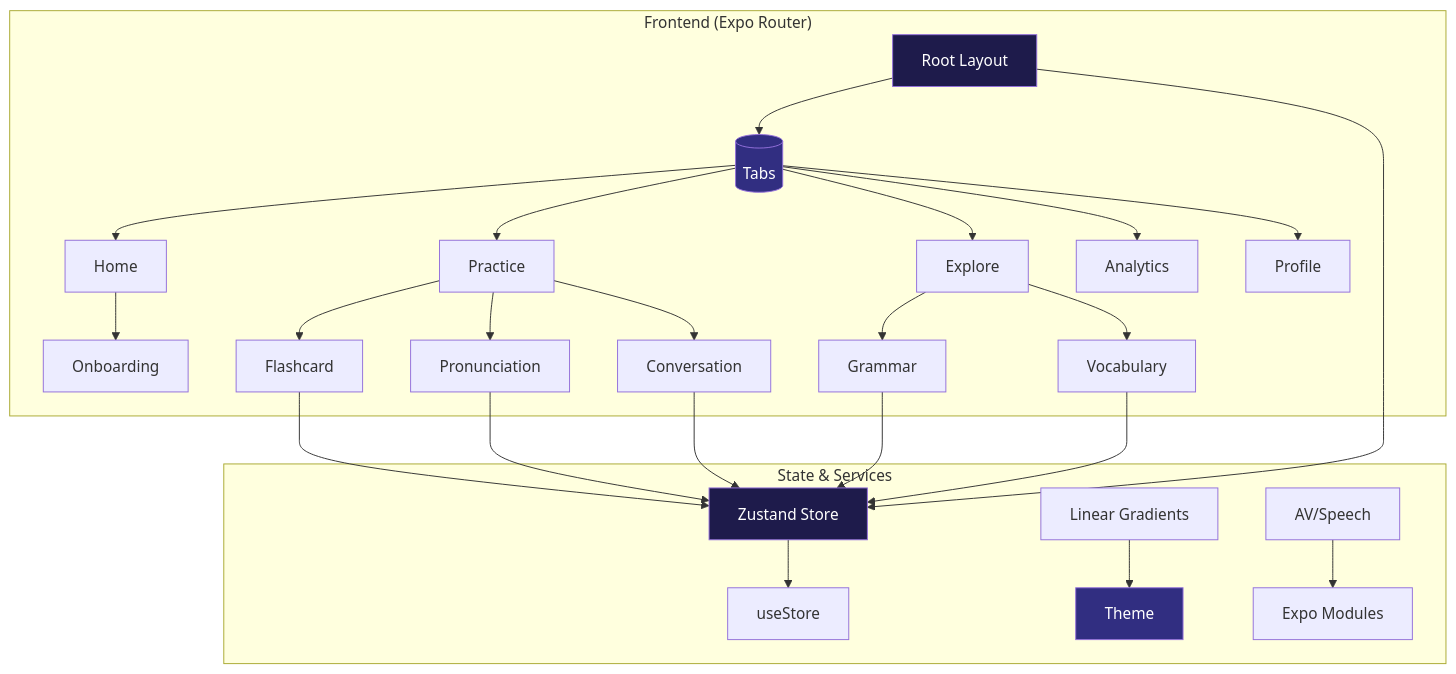
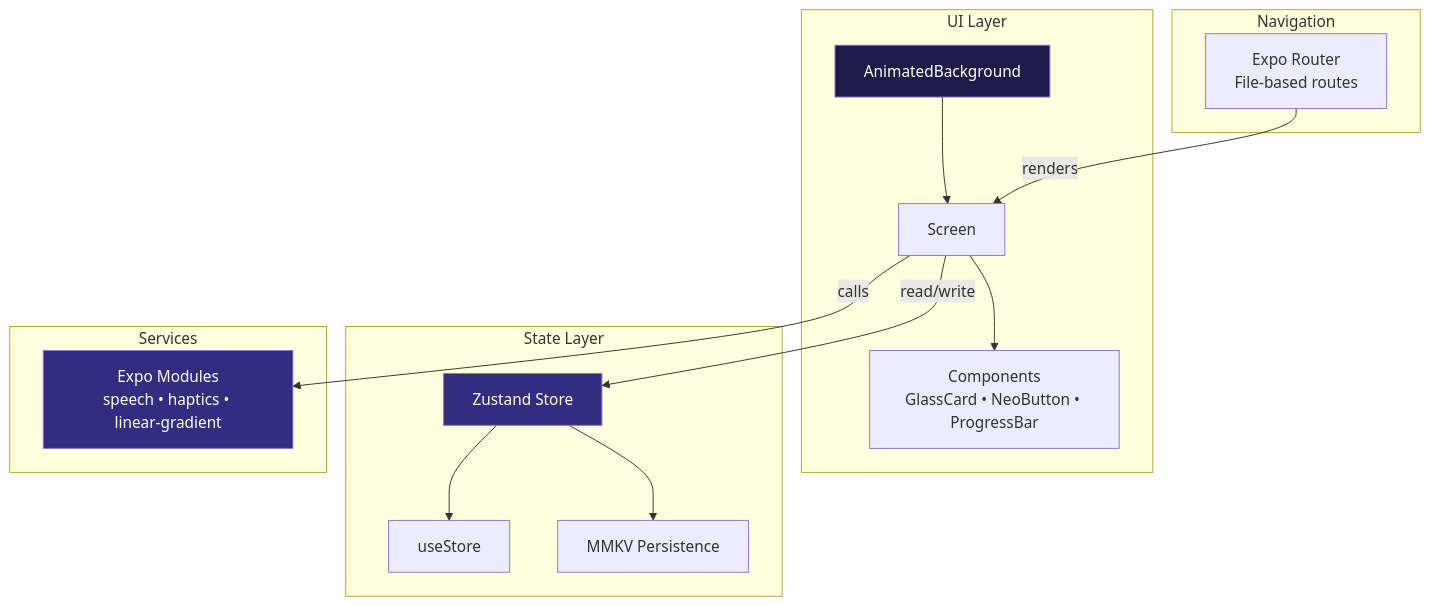
Before and after one commit to ranker-002/fluent-english: the first of 2 diagrams in README.md, drawn with Mermaid. The commit also changed other lines of this file, not shown here.

````diff
--- a/README.md
+++ b/README.md
@@ -27,35 +73,28 @@
 ```mermaid
-graph TB
-  subgraph "Frontend (Expo Router)"
-    A[Root Layout] --> B[(Tabs)]
-    B --> C[Home]
-    B --> D[Practice]
-    B --> E[Explore]
-    B --> F[Analytics]
-    B --> G[Profile]
-    C --> H[Onboarding]
-    D --> I[Flashcard]
-    D --> J[Pronunciation]
-    D --> K[Conversation]
-    E --> L[Grammar]
-    E --> M[Vocabulary]
+flowchart TB
+  subgraph "UI Layer"
+    A[AnimatedBackground] --> B[Screen]
+    B --> C[Components<br/>GlassCard • NeoButton • ProgressBar]
   end
 
-  subgraph "State & Services"
-    N[Zustand Store] --> O[useStore]
-    P[Linear Gradients] --> Q[Theme]
-    R[AV/Speech] --> S[Expo Modules]
+  subgraph "Navigation"
+    N[Expo Router<br/>File‑based routes]
   end
 
-  A --> N
-  I --> N
-  J --> N
-  K --> N
-  L --> N
-  M --> N
+  subgraph "State Layer"
+    S[Zustand Store] --> S1[useStore]
+    S --> S2[MMKV Persistence]
+  end
+
+  subgraph "Services"
+    LR[Expo Modules<br/>speech • haptics • linear‑gradient]
+  end
+
+  B -->|read/write| S
+  B -->|calls| LR
+  N -->|renders| B
 
   style A fill:#1e1b4b,color:#fff
-  style B fill:#312e81,color:#fff
-  style N fill:#1e1b4b,color:#fff
-  style Q fill:#312e81,color:#fff
+  style S fill:#312e81,color:#fff
+  style LR fill:#312e81,color:#fff
 ```
````
